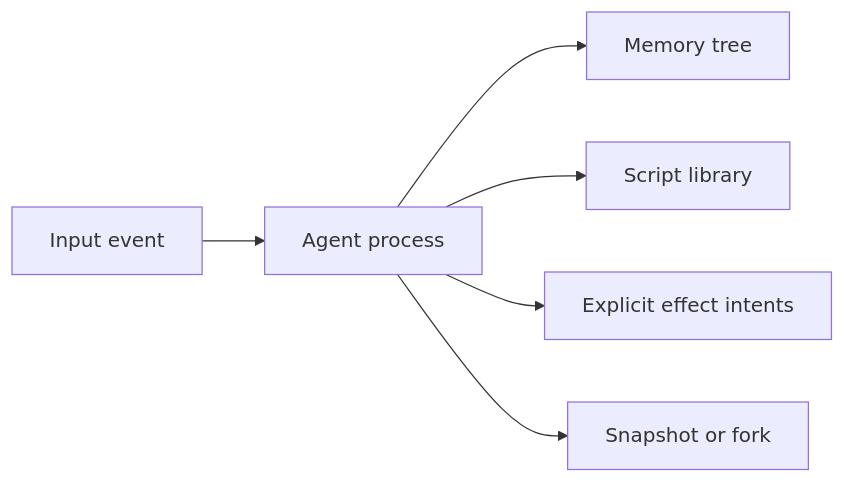
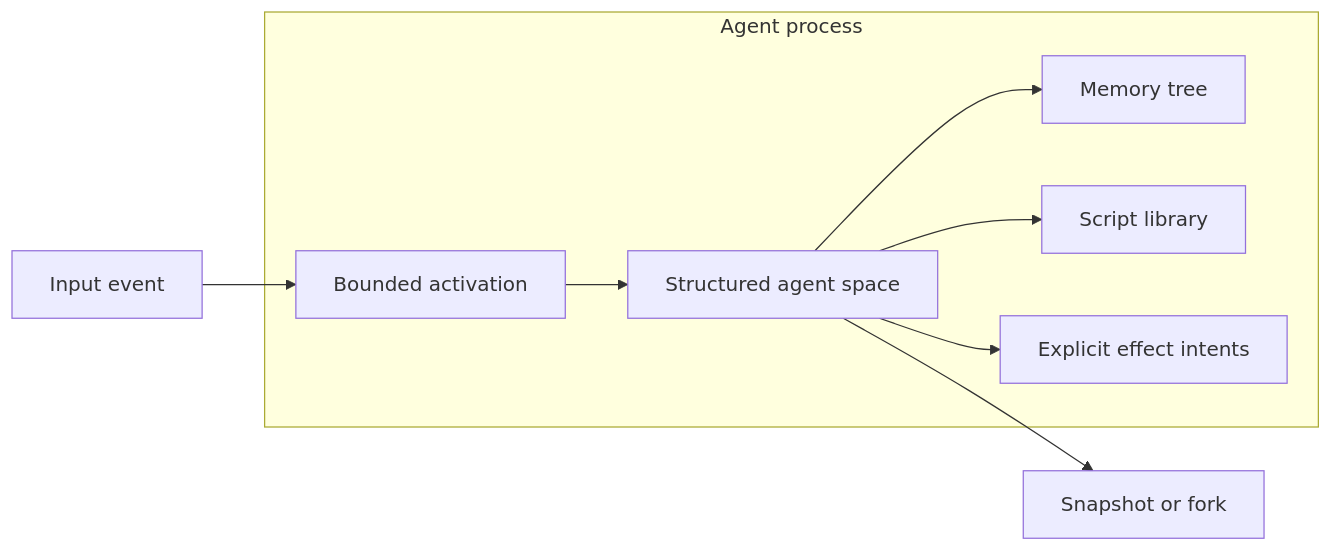
Before and after one commit to everruns/svit: the diagram in docs/vision.md, drawn with Mermaid. The commit also changed other lines of this file and 13 other files, not shown here.

````diff
--- a/docs/vision.md
+++ b/docs/vision.md
@@ -26,8 +28,11 @@
 ```mermaid
 flowchart LR
-    Event["Input event"] --> Process["Agent process"]
-    Process --> Memory["Memory tree"]
-    Process --> Scripts["Script library"]
-    Process --> Effects["Explicit effect intents"]
-    Process --> Snapshot["Snapshot or fork"]
+    Event["Input event"] --> Activation["Bounded activation"]
+    subgraph Process["Agent process"]
+        Activation --> Space["Structured agent space"]
+        Space --> Memory["Memory tree"]
+        Space --> Scripts["Script library"]
+        Space --> Effects["Explicit effect intents"]
+    end
+    Space --> Snapshot["Snapshot or fork"]
 ```
````
